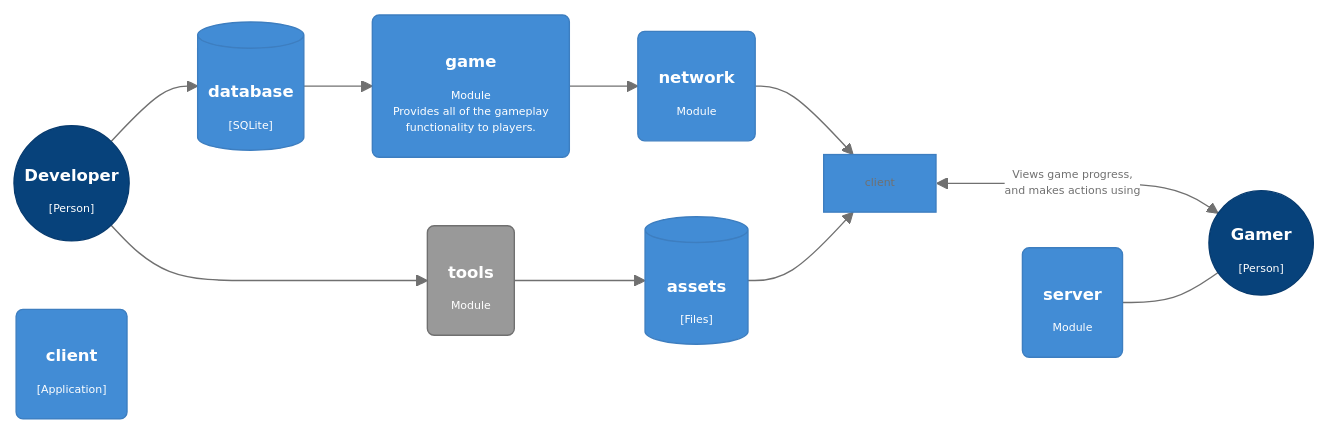
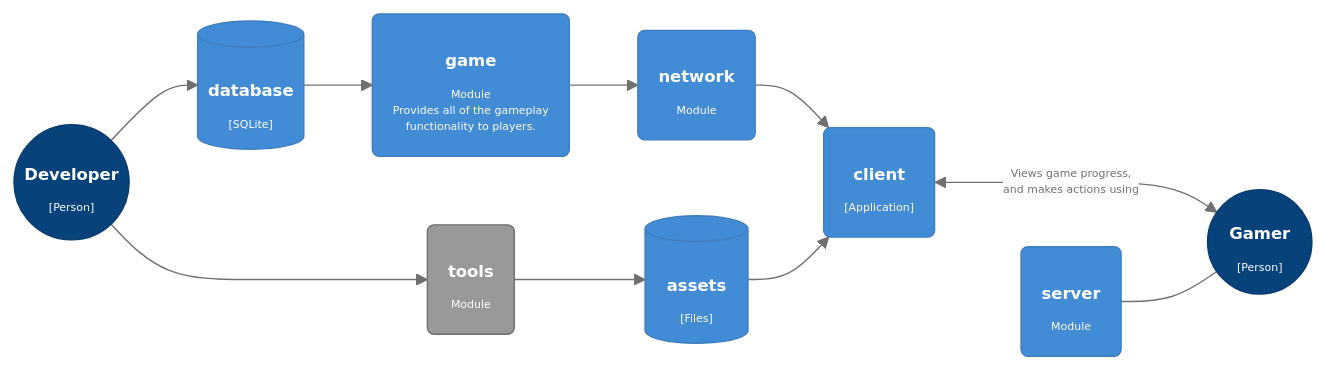
One commit to lebedec/farmisto changed the diagram in README.md. Above: the diagram before and after it, drawn with Mermaid. The commit also changed 7 other files, not shown here.

````diff
--- a/README.md
+++ b/README.md
@@ -3,46 +3,46 @@
 ```mermaid
 %%{init: {'theme': 'base', 'themeVariables': {
   'primaryColor': '#428cd5',
   'primaryBorderColor': '#3d7ec0',
   'secondaryColor': 'white',
   'tertiaryColor': 'yellow',
   'lineColor': '#707070',
   'primaryTextColor': '#707070',
   'tertiaryTextColor': 'red',
   'textColor': '#707070',
   'background': 'white',
   'fontSize': '8px',
   'fontFamily': 'ui-monospace,SFMono-Regular,SF Mono,Menlo,Consolas,Liberation Mono,monospace'
   }}
 }%%
 flowchart LR;
 	gamer(("<h2>&nbsp Gamer &nbsp</h2>[Person]")):::person
 	developer(("<h2>Developer</h2>[Person]")):::person
 	assets[(<h2>&nbsp assets  &nbsp</h2>&#91Files&#93)]:::component
 	database[(<h2>database</h2>&#91SQLite&#93)]:::component
 	game(<h2>game</h2>Module<br/>Provides all of the gameplay<br/> functionality to players.):::component
 	network(<h2>network</h2>Module):::component
 	server(<h2>server</h2>Module):::component
-	clien("<h2>client</h2>[Application]"):::component
+	client("<h2>client</h2>[Application]"):::component
 	tools(<h2>tools</h2>Module):::external
 	
 	developer --> database;
 	developer --> tools --> assets;
 	
 	database --> game;
 	
 	
 	game-->network-->client;
 		assets --> client;
 	
 
 	client <-- "Views game progress,<br/>and makes actions using" ---> gamer;
 
     server---gamer;
 
 	classDef person fill:#07427b,stroke:#073b6f,color:white
 	classDef component color:white
 	classDef external fill:#999999,stroke:#707070,color:white
 	
 	click database "https://github.com/lebedec/farmisto/tree/main/database"
 ```
````
